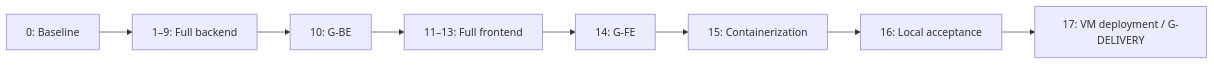
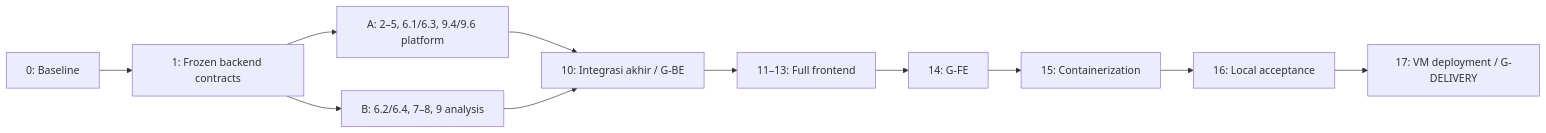
One commit to RaiWiguna/BUILD_Boeing_AgenticVibing changed the diagram in .agent/implementationPhases.md. Above: the diagram before and after it, drawn with Mermaid. The commit also changed other lines of this file, not shown here.

Commit message:
docs: implementation phase backend for 2 worker

````diff
--- a/.agent/implementationPhases.md
+++ b/.agent/implementationPhases.md
@@ -97,10 +99,13 @@
 ```mermaid
 flowchart LR
-  P0[0: Baseline] --> BE[1–9: Full backend]
-  BE --> GBE[10: G-BE]
+  P0[0: Baseline] --> P1[1: Frozen backend contracts]
+  P1 --> A[A: 2–5, 6.1/6.3, 9.4/9.6 platform]
+  P1 --> B[B: 6.2/6.4, 7–8, 9 analysis]
+  A --> GBE[10: Integrasi akhir / G-BE]
+  B --> GBE
   GBE --> FE[11–13: Full frontend]
   FE --> GFE[14: G-FE]
   GFE --> C[15: Containerization]
   C --> L[16: Local acceptance]
   L --> VM[17: VM deployment / G-DELIVERY]
 ```
````
